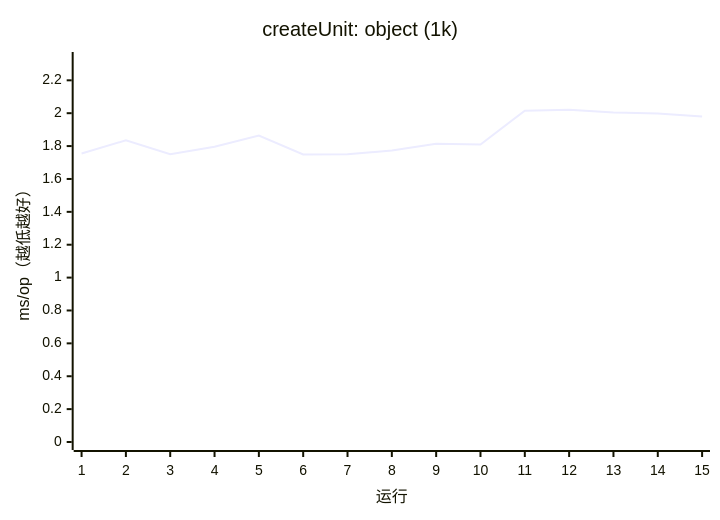
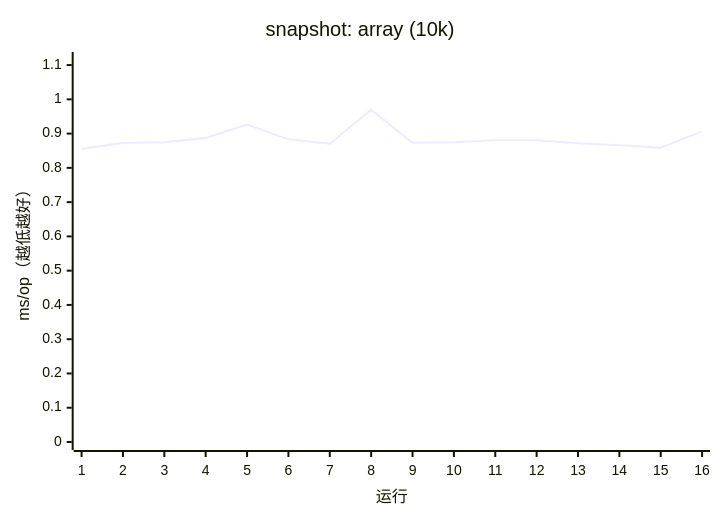
Diagram 11 of 17 in apps/docs/src/content/docs/guides/benchmark.mdx (AIluffy/io), drawn with Mermaid before and after one commit. The commit also changed other lines of this file and 25 other files, not shown here.

````diff
--- a/apps/docs/src/content/docs/guides/benchmark.mdx
+++ b/apps/docs/src/content/docs/guides/benchmark.mdx
@@ -343,7 +330,7 @@
 ```mermaid
 xychart-beta
-  title "createUnit: object (1k)"
-  x-axis "运行" [1, 2, 3, 4, 5, 6, 7, 8, 9, 10, 11, 12, 13, 14, 15]
-  y-axis "ms/op（越低越好）" 0 --> 2.3236
-  line [1.7544, 1.8351, 1.7504, 1.7963, 1.8644, 1.7495, 1.7498, 1.7729, 1.8142, 1.8094, 2.0156, 2.0205, 2.0043, 1.9985, 1.9802]
+  title "snapshot: array (10k)"
+  x-axis "运行" [1, 2, 3, 4, 5, 6, 7, 8, 9, 10, 11, 12, 13, 14, 15, 16]
+  y-axis "ms/op（越低越好）" 0 --> 1.1148
+  line [0.8558, 0.8727, 0.8746, 0.8872, 0.9264, 0.8833, 0.8703, 0.9694, 0.8734, 0.8747, 0.8803, 0.8805, 0.8721, 0.8662, 0.8586, 0.9065]
 ```
````
